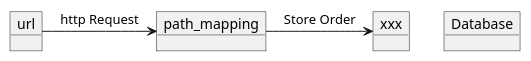
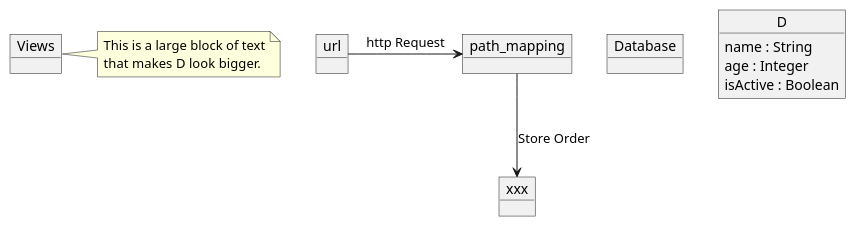
The diagram in docs/architecture/tmos_U_diagram.puml (pmwong008/PlantUML_boot), drawn with PlantUML before and after one commit.

Commit message:
U diagram improved.

```diff
--- a/docs/architecture/tmos_U_diagram.puml
+++ b/docs/architecture/tmos_U_diagram.puml
@@ -1,8 +1,18 @@
 @startuml
 object url
 object path_mapping
 object xxx
 object Database
+object Views
+object D {
+  name : String
+  age : Integer
+  isActive : Boolean
+}
+note right of Views
+  This is a large block of text
+  that makes D look bigger.
+end note
 url -> path_mapping : http Request
-path_mapping -> xxx : Store Order
+path_mapping -down-> xxx : Store Order
 @enduml
```
